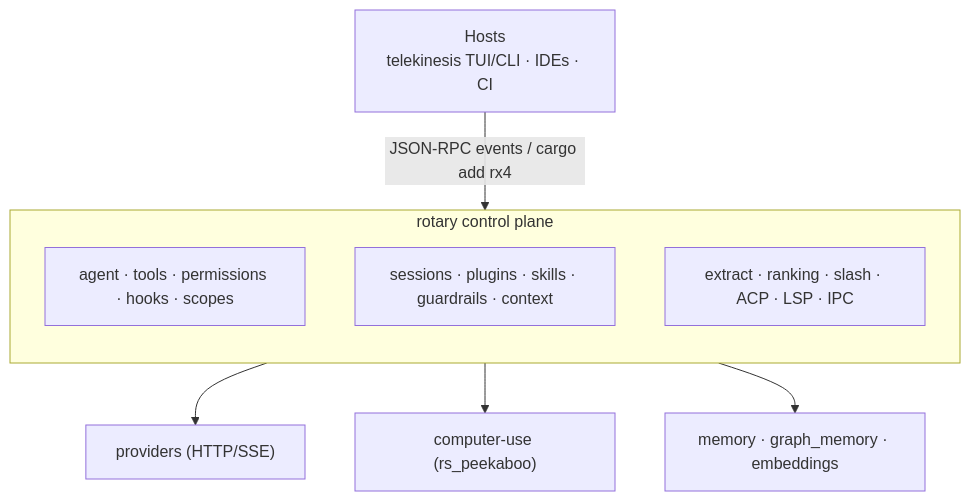
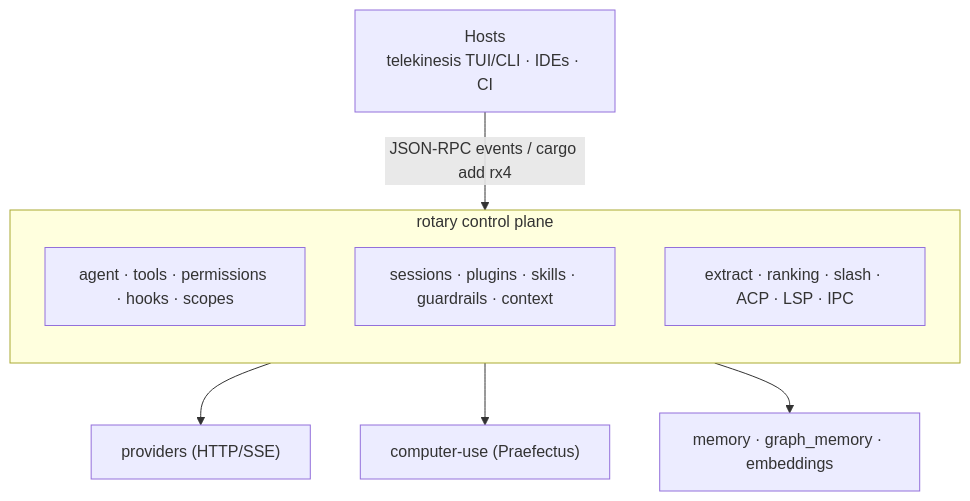
The first of 2 diagrams in docs/ARCHITECTURE.md (tschk/rotary), drawn with Mermaid before and after one commit. The commit also changed other lines of this file and 15 other files, not shown here.

````diff
--- a/docs/ARCHITECTURE.md
+++ b/docs/ARCHITECTURE.md
@@ -13,14 +13,14 @@
 ```mermaid
 graph TD
   Host["Hosts<br/>telekinesis TUI/CLI · IDEs · CI"]
   Host -->|JSON-RPC events / cargo add rx4| Ctrl
   subgraph Ctrl["rotary control plane"]
     direction TB
     Agent["agent · tools · permissions · hooks · scopes"]
     Sess["sessions · plugins · skills · guardrails · context"]
     Extra["extract · ranking · slash · ACP · LSP · IPC"]
   end
   Ctrl --> Providers["providers (HTTP/SSE)"]
-  Ctrl --> CU["computer-use (rs_peekaboo)"]
+  Ctrl --> CU["computer-use (Praefectus)"]
   Ctrl --> Mem["memory · graph_memory · embeddings"]
 ```
````
